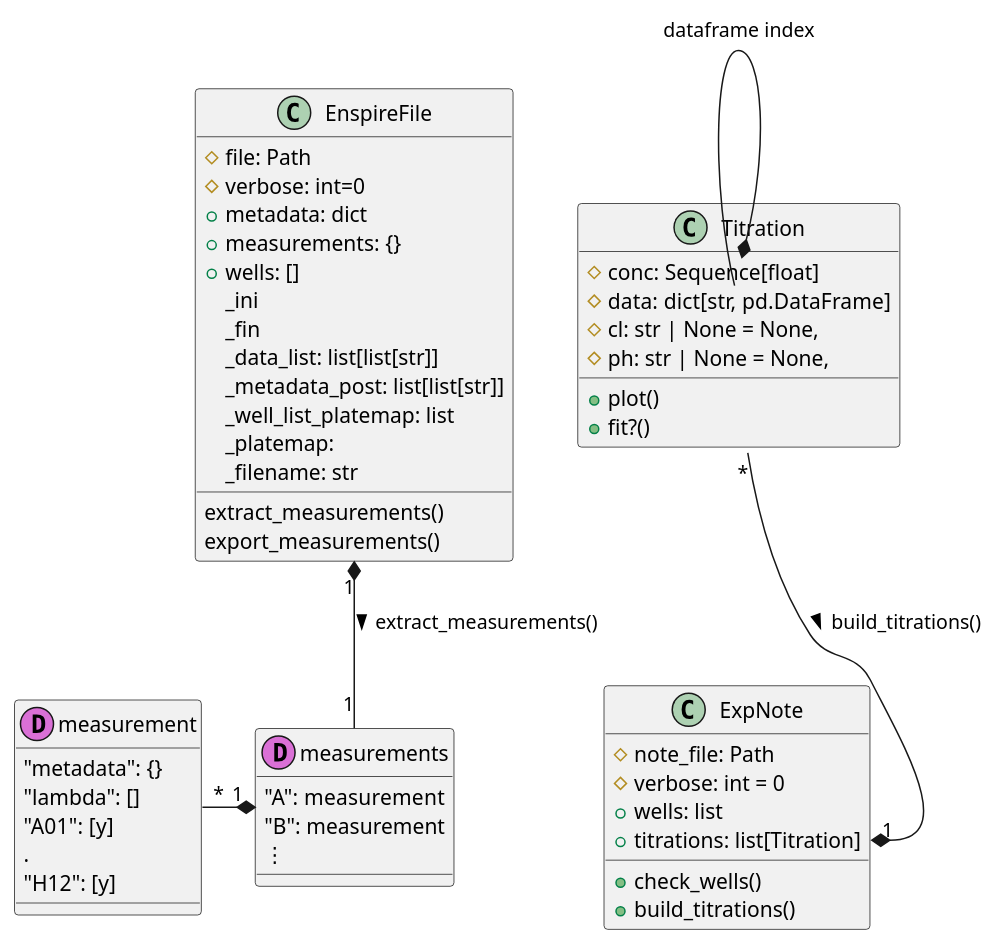
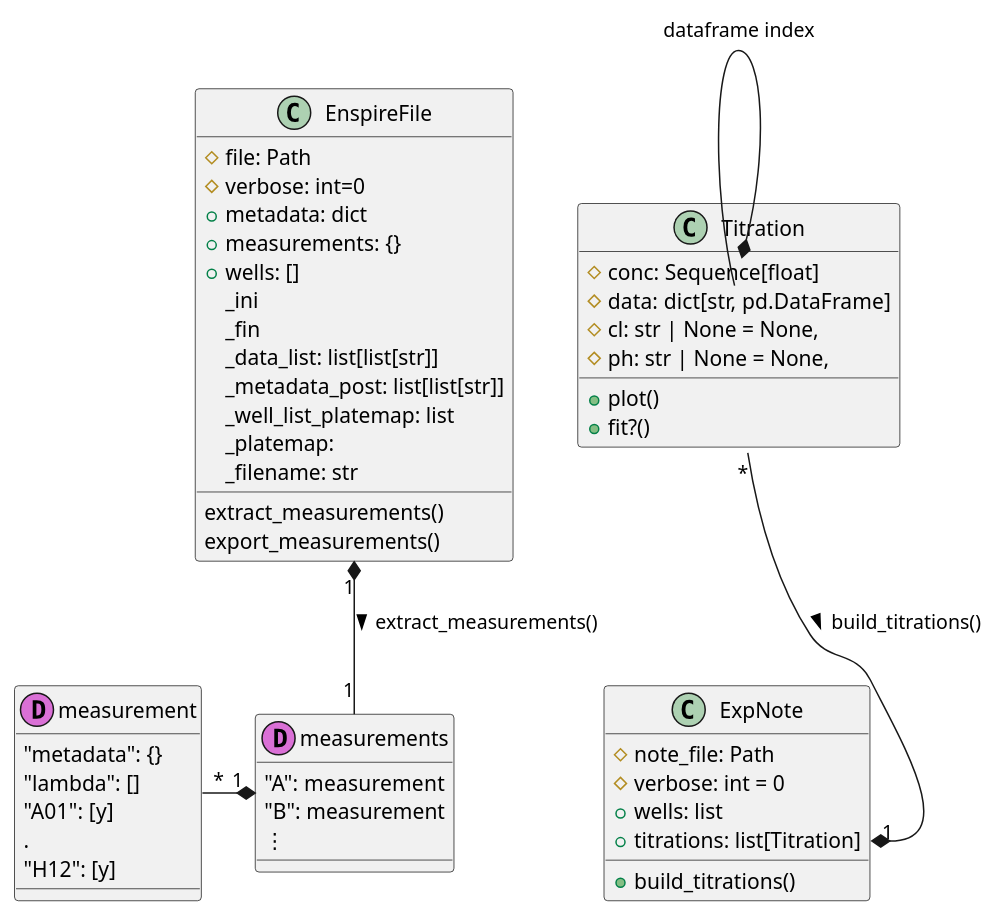
One commit to darosio/ClopHfit changed the diagram in docs/references/prenspire.uml.rst. Above: the diagram before and after it, drawn with PlantUML. The commit also changed 4 other files, not shown here.

```diff
--- a/docs/references/prenspire.uml.rst
+++ b/docs/references/prenspire.uml.rst
@@ -1,56 +1,55 @@
 .. uml::
 
    class EnspireFile {
     #file: Path
     #verbose: int=0
     +metadata: dict
     +measurements: {}
     +wells: []
     _ini
     _fin
     _data_list: list[list[str]]
     _metadata_post: list[list[str]]
     _well_list_platemap: list
     _platemap:
     _filename: str
     extract_measurements()
     export_measurements()
    }
 
 
    class ExpNote {
        #note_file: Path
        #verbose: int = 0
        +wells: list
        +titrations: list[Titration]
-       +check_wells()
        +build_titrations()
    }
 
    class Titration {
     #conc: Sequence[float]
     #data: dict[str, pd.DataFrame]
     #cl: str | None = None,
     #ph: str | None = None,
     +plot()
     +fit?()
    }
 
    Titration::conc *-- Titration::data : dataframe index
    Titration "*" --* "1" ExpNote::titrations  : > build_titrations()
    EnspireFile "1" *-- "1" measurements : > extract_measurements()
    measurement "*" -* "1" measurements
 
    class measurements << (D,orchid) >> {
        "A": measurement
        "B": measurement
        ⋮
    }
 
    class measurement << (D,orchid) >> {
        "metadata": {}
        "lambda": []
        "A01": [y]
        .
        "H12": [y]
    }
```
